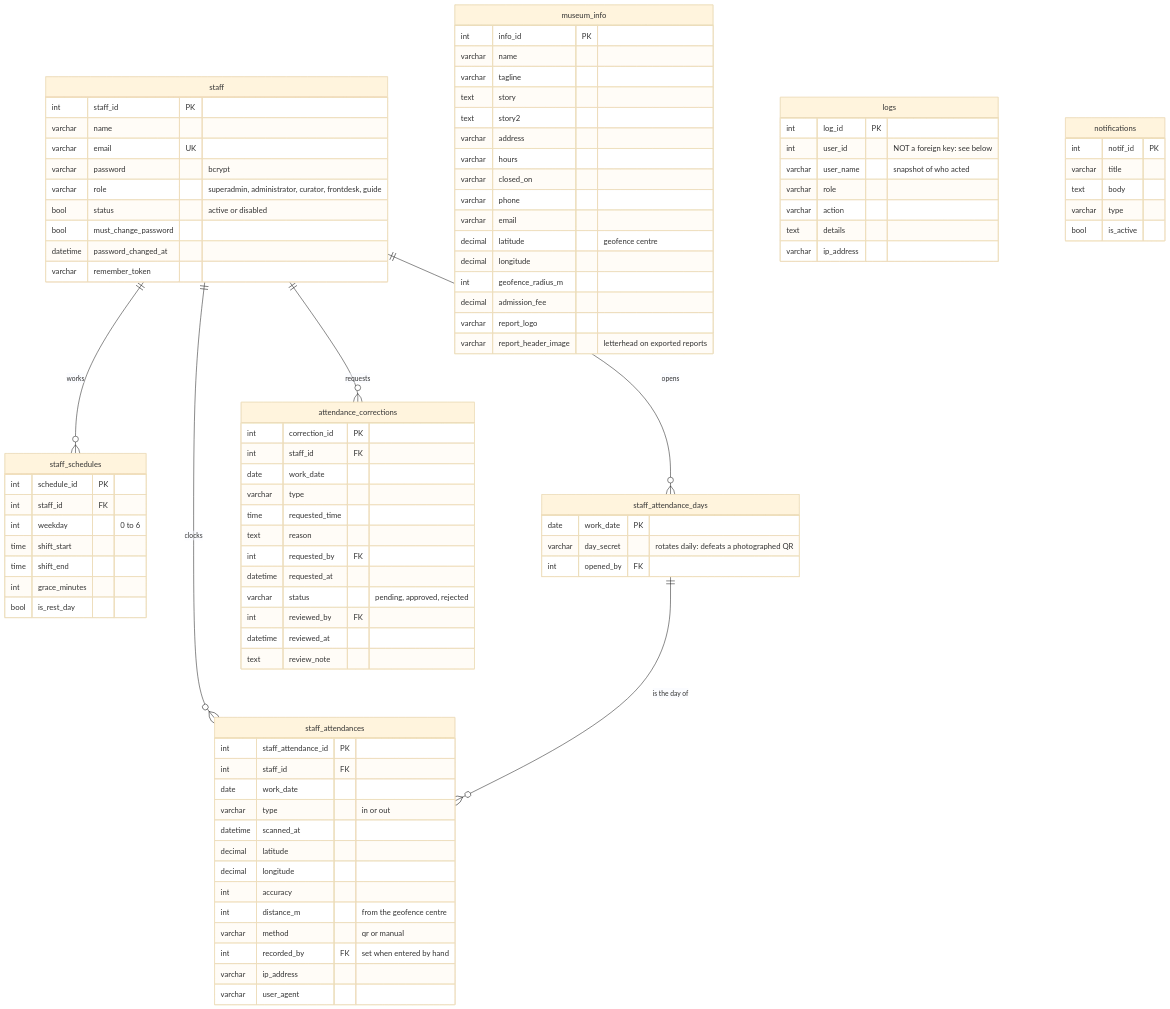
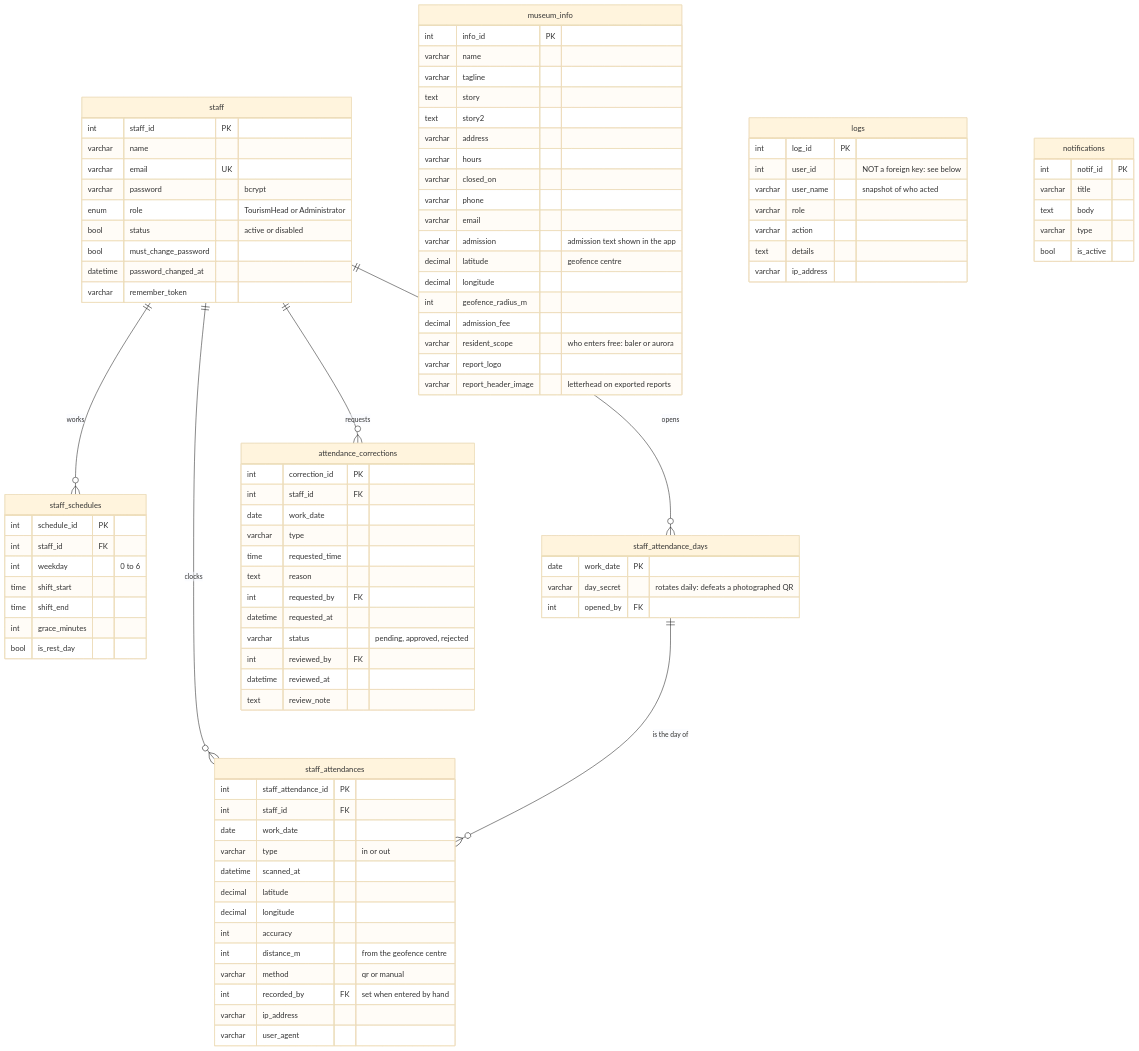
Before and after one commit to chyscre/museobaler: the sixth of 6 diagrams in docs/ERD.md, drawn with Mermaid (base theme). The commit also changed other lines of this file and 70 other files, not shown here.

```diff
--- a/docs/ERD.md
+++ b/docs/ERD.md
@@ -304,7 +425,7 @@
         varchar name
         varchar email UK
         varchar password "bcrypt"
-        varchar role "superadmin, administrator, curator, frontdesk, guide"
+        enum role "TourismHead or Administrator"
         bool status "active or disabled"
         bool must_change_password
         datetime password_changed_at
@@ -364,10 +485,12 @@
         varchar closed_on
         varchar phone
         varchar email
+        varchar admission "admission text shown in the app"
         decimal latitude "geofence centre"
         decimal longitude
         int geofence_radius_m
         decimal admission_fee
+        varchar resident_scope "who enters free: baler or aurora"
         varchar report_logo
         varchar report_header_image "letterhead on exported reports"
     }
```
